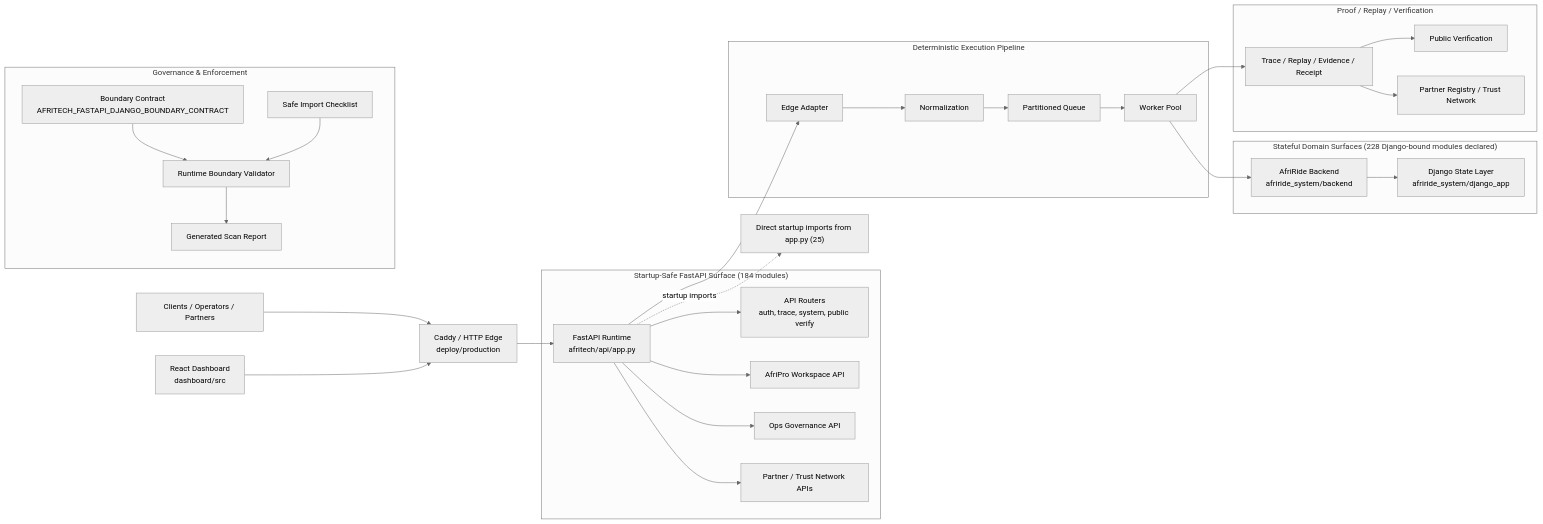
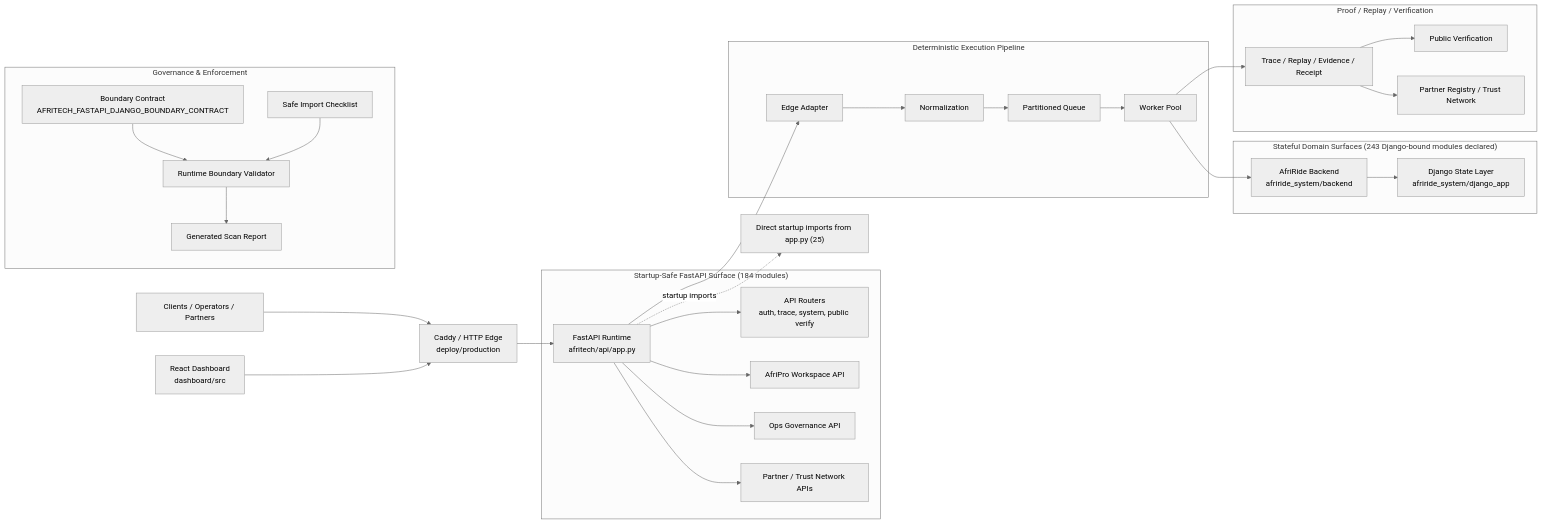
One commit to Strelly2023/afritelematics changed the first of 2 diagrams in docs/architecture/AFRITECH_FULL_ARCHITECTURE_GRAPH.md. Above: the diagram before and after it, drawn with Mermaid (neutral theme). The commit also changed other lines of this file and 70 other files, not shown here.

````diff
--- a/docs/architecture/AFRITECH_FULL_ARCHITECTURE_GRAPH.md
+++ b/docs/architecture/AFRITECH_FULL_ARCHITECTURE_GRAPH.md
@@ -22,39 +22,39 @@
 ```mermaid
 flowchart LR
     Client["Clients / Operators / Partners"] --> Edge["Caddy / HTTP Edge\ndeploy/production"]
     Dashboard["React Dashboard\ndashboard/src"] --> Edge
     Edge --> App["FastAPI Runtime\nafritech/api/app.py"]
 
     subgraph FastAPI["Startup-Safe FastAPI Surface (184 modules)"]
         App --> Api["API Routers\nauth, trace, system, public verify"]
         App --> Workspace["AfriPro Workspace API"]
         App --> Governance["Ops Governance API"]
         App --> Trust["Partner / Trust Network APIs"]
     end
 
     subgraph Pipeline["Deterministic Execution Pipeline"]
         App --> Adapt["Edge Adapter"]
         Adapt --> Normalize["Normalization"]
         Normalize --> Queue["Partitioned Queue"]
         Queue --> Worker["Worker Pool"]
     end
 
-    subgraph State["Stateful Domain Surfaces (228 Django-bound modules declared)"]
+    subgraph State["Stateful Domain Surfaces (243 Django-bound modules declared)"]
         Worker --> Domain["AfriRide Backend\nafriride_system/backend"]
         Domain --> Django["Django State Layer\nafriride_system/django_app"]
     end
 
     subgraph Proof["Proof / Replay / Verification"]
         Worker --> Trace["Trace / Replay / Evidence / Receipt"]
         Trace --> Public["Public Verification"]
         Trace --> Registry["Partner Registry / Trust Network"]
     end
 
     subgraph GovernancePlane["Governance & Enforcement"]
         Contract["Boundary Contract\nAFRITECH_FASTAPI_DJANGO_BOUNDARY_CONTRACT"] --> Validator["Runtime Boundary Validator"]
         Checklist["Safe Import Checklist"] --> Validator
         Validator --> Review["Generated Scan Report"]
     end
 
     App -. startup imports .-> Imports["Direct startup imports from app.py (25)"]
 ```
````
